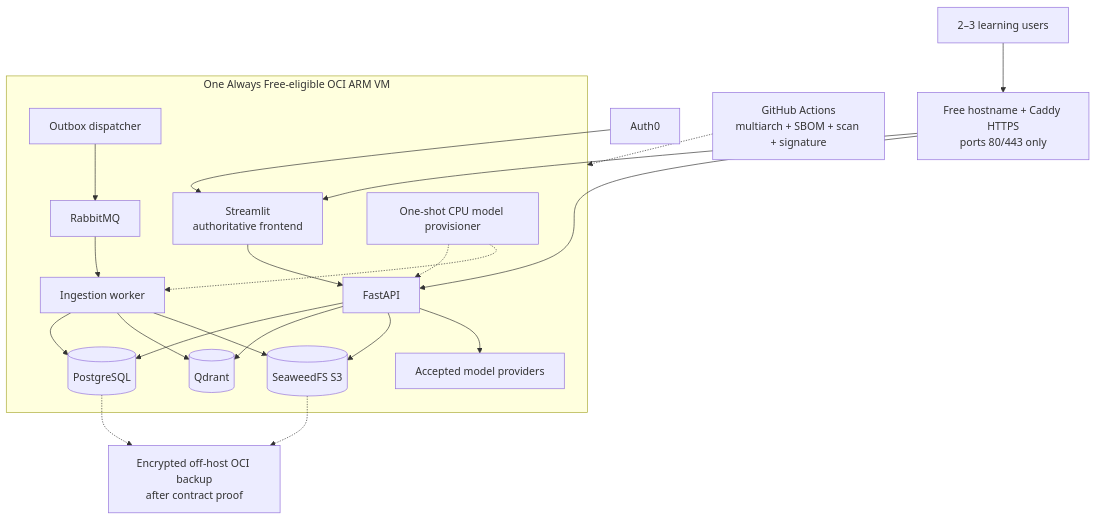
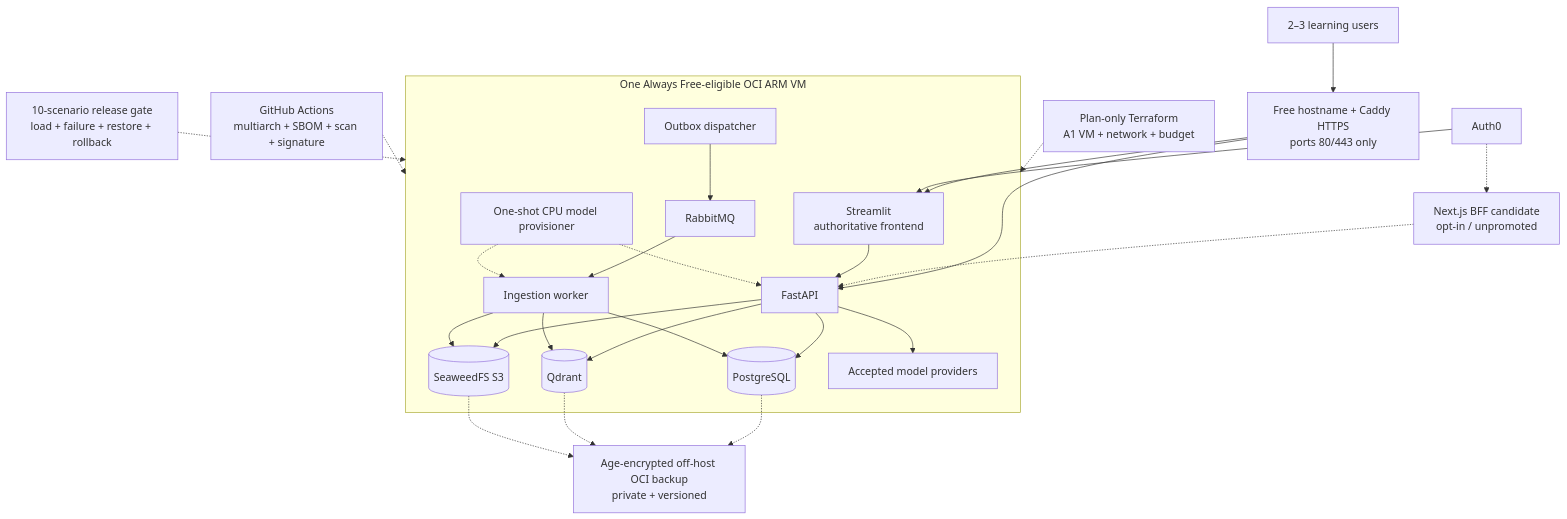
The tenth of 11 diagrams in mm-rag-full-stack-genai-bootcamp-3.0/docs/architecture/ARCHITECTURE.md (mvyas412/ai-projects), drawn with Mermaid before and after one commit. The commit also changed other lines of this file and 46 other files, not shown here.

````diff
--- a/mm-rag-full-stack-genai-bootcamp-3.0/docs/architecture/ARCHITECTURE.md
+++ b/mm-rag-full-stack-genai-bootcamp-3.0/docs/architecture/ARCHITECTURE.md
@@ -707,24 +707,29 @@
 ```mermaid
 flowchart TB
     user["2–3 learning users"] --> edge["Free hostname + Caddy HTTPS<br/>ports 80/443 only"]
     edge --> ui["Streamlit<br/>authoritative frontend"]
     edge --> api["FastAPI"]
     auth["Auth0"] --> ui
+    candidate["Next.js BFF candidate<br/>opt-in / unpromoted"] -.-> api
+    auth -.-> candidate
     subgraph vm["One Always Free-eligible OCI ARM VM"]
         ui --> api
         api --> pg[("PostgreSQL")]
         api --> qd[("Qdrant")]
         api --> objects[("SeaweedFS S3")]
         api --> models["Accepted model providers"]
         dispatcher["Outbox dispatcher"] --> queue["RabbitMQ"]
         queue --> worker["Ingestion worker"]
         worker --> pg
         worker --> qd
         worker --> objects
         provision["One-shot CPU model provisioner"] -.-> api
         provision -.-> worker
     end
+    terraform["Plan-only Terraform<br/>A1 VM + network + budget"] -.-> vm
     delivery["GitHub Actions<br/>multiarch + SBOM + scan + signature"] -.-> vm
-    pg -.-> backup["Encrypted off-host OCI backup<br/>after contract proof"]
+    pg -.-> backup["Age-encrypted off-host OCI backup<br/>private + versioned"]
+    qd -.-> backup
     objects -.-> backup
+    evidence["10-scenario release gate<br/>load + failure + restore + rollback"] -.-> vm
 ```
````
